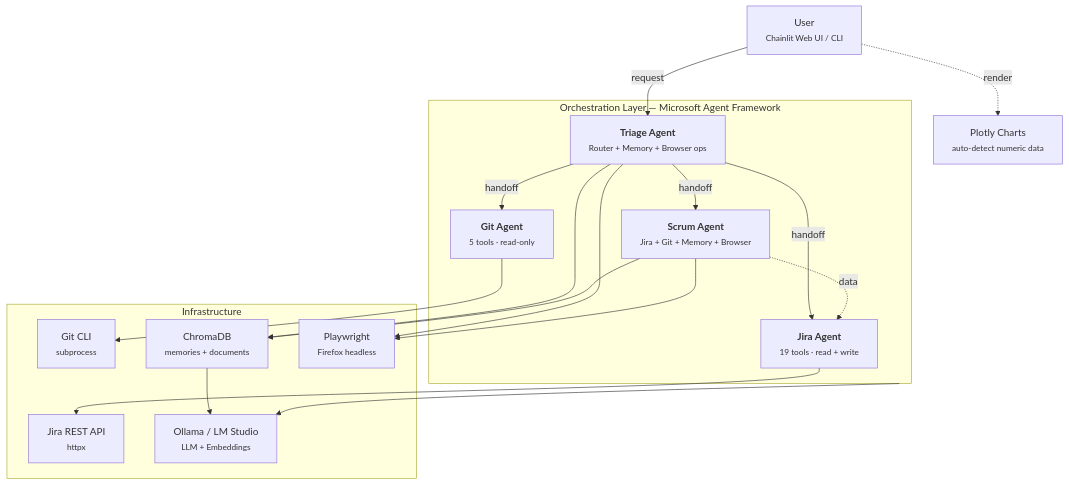
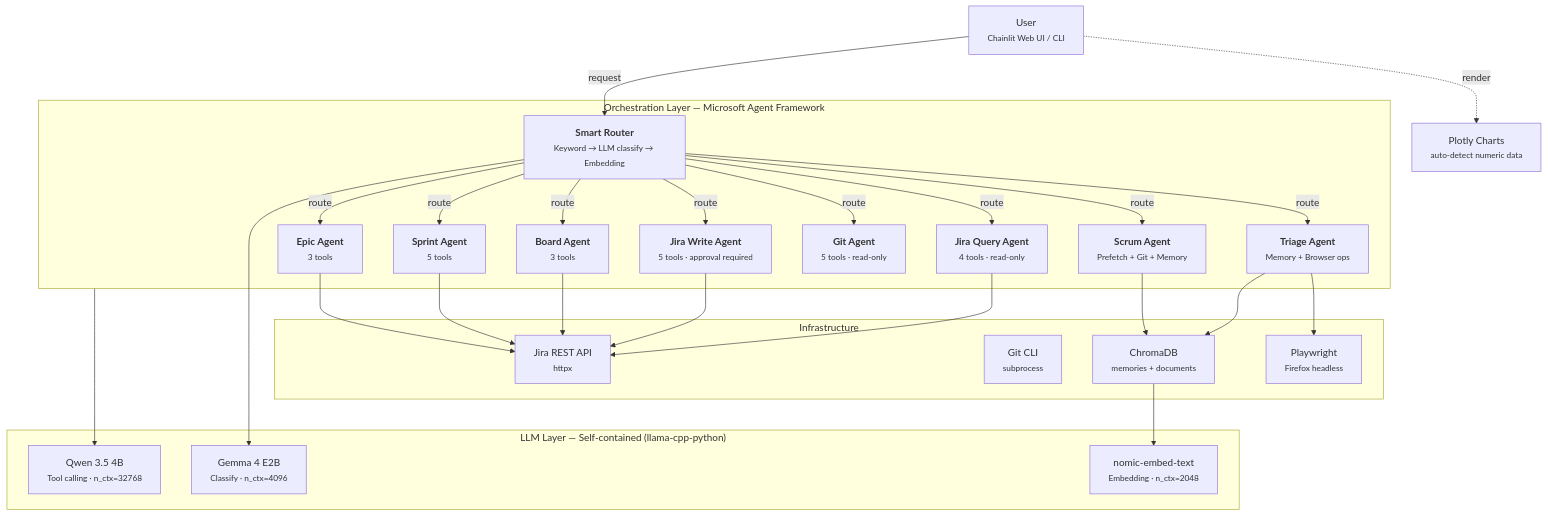
Before and after one commit to tant/pile-sm: the diagram in README.md, drawn with Mermaid. The commit also changed other lines of this file and 2 other files, not shown here.

Commit message:
docs: update architecture and readme for self-contained inference

````diff
--- a/README.md
+++ b/README.md
@@ -121,36 +127,53 @@
 ```mermaid
 graph TD
     User["User<br/><small>Chainlit Web UI / CLI</small>"]
 
     subgraph Orchestration["Orchestration Layer — Microsoft Agent Framework"]
-        Triage["<b>Triage Agent</b><br/><small>Router + Memory + Browser ops</small>"]
-        Jira["<b>Jira Agent</b><br/><small>19 tools · read + write</small>"]
+        Router["<b>Smart Router</b><br/><small>Keyword → LLM classify → Embedding</small>"]
+        Triage["<b>Triage Agent</b><br/><small>Memory + Browser ops</small>"]
+        JiraQ["<b>Jira Query Agent</b><br/><small>4 tools · read-only</small>"]
+        JiraW["<b>Jira Write Agent</b><br/><small>5 tools · approval required</small>"]
+        Board["<b>Board Agent</b><br/><small>3 tools</small>"]
+        Sprint["<b>Sprint Agent</b><br/><small>5 tools</small>"]
+        Epic["<b>Epic Agent</b><br/><small>3 tools</small>"]
         Git["<b>Git Agent</b><br/><small>5 tools · read-only</small>"]
-        Scrum["<b>Scrum Agent</b><br/><small>Jira + Git + Memory + Browser</small>"]
+        Scrum["<b>Scrum Agent</b><br/><small>Prefetch + Git + Memory</small>"]
+    end
+
+    subgraph LLM["LLM Layer — Self-contained (llama-cpp-python)"]
+        AgentModel["Qwen 3.5 4B<br/><small>Tool calling · n_ctx=32768</small>"]
+        RouterModel["Gemma 4 E2B<br/><small>Classify · n_ctx=4096</small>"]
+        EmbedModel["nomic-embed-text<br/><small>Embedding · n_ctx=2048</small>"]
     end
 
     subgraph Infrastructure["Infrastructure"]
         JiraAPI["Jira REST API<br/><small>httpx</small>"]
         GitCLI["Git CLI<br/><small>subprocess</small>"]
         ChromaDB["ChromaDB<br/><small>memories + documents</small>"]
         Browser["Playwright<br/><small>Firefox headless</small>"]
-        LLM["Ollama / LM Studio<br/><small>LLM + Embeddings</small>"]
     end
 
     Charts["Plotly Charts<br/><small>auto-detect numeric data</small>"]
 
-    User -->|request| Triage
-    Triage -->|handoff| Jira
-    Triage -->|handoff| Git
-    Triage -->|handoff| Scrum
-    Scrum -.->|data| Jira
-    Jira --> JiraAPI
-    Git --> GitCLI
+    User -->|request| Router
+    Router -->|route| Triage
+    Router -->|route| JiraQ
+    Router -->|route| JiraW
+    Router -->|route| Board
+    Router -->|route| Sprint
+    Router -->|route| Epic
+    Router -->|route| Git
+    Router -->|route| Scrum
+    JiraQ --> JiraAPI
+    JiraW --> JiraAPI
+    Board --> JiraAPI
+    Sprint --> JiraAPI
+    Epic --> JiraAPI
     Triage --> ChromaDB
     Triage --> Browser
     Scrum --> ChromaDB
-    Scrum --> Browser
-    ChromaDB --> LLM
-    Orchestration --> LLM
+    Orchestration --> AgentModel
+    Router --> RouterModel
+    ChromaDB --> EmbedModel
     User -.->|render| Charts
 ```
````
